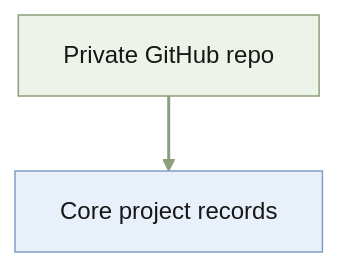
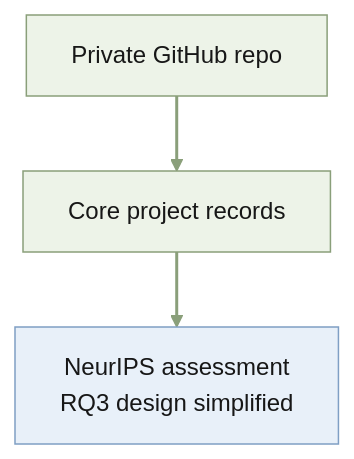
One commit to quan-possible/description-icl changed the diagram in memory/2026-09-29.md. Above: the diagram before and after it, drawn with Mermaid. The commit also changed other lines of this file and 15 other files, not shown here.

First line of the commit message:
Add RQ2 tables, simplify the RQ3 prompt, and record the NeurIPS assessment

````diff
--- a/memory/2026-09-29.md
+++ b/memory/2026-09-29.md
@@ -6,13 +6,14 @@
 ```mermaid
 %%{init: {"theme":"base","themeVariables":{"fontFamily":"Inter, Clear Sans, Noto Sans, Helvetica Neue, Arial, Noto Sans CJK JP, sans-serif","fontSize":"16px","primaryTextColor":"#171717","lineColor":"#a8a8a8","mainBkg":"#ffffff","clusterBkg":"#ffffff","clusterBorder":"#ffffff","edgeLabelBackground":"#ffffff"},"flowchart":{"htmlLabels":true,"curve":"linear"}}}%%
 flowchart TD
     classDef green fill:#edf3e8,stroke:#8a9f7a,color:#171717,stroke-width:1px
     classDef blue fill:#e8f0f9,stroke:#7f9fc4,color:#171717,stroke-width:1px
     classDef edgeGreen stroke:#8a9f7a,color:#8a9f7a,stroke-width:2px
 
-    repo["Private GitHub repo"] e1@--> docs["Core project records"]
+    repo["Private GitHub repo"] e1@--> docs["Core project records"] e2@--> assess["NeurIPS assessment<br/>RQ3 design simplified"]
 
     class repo green
-    class docs blue
-    class e1 edgeGreen
+    class docs green
+    class assess blue
+    class e1,e2 edgeGreen
 ```
````
